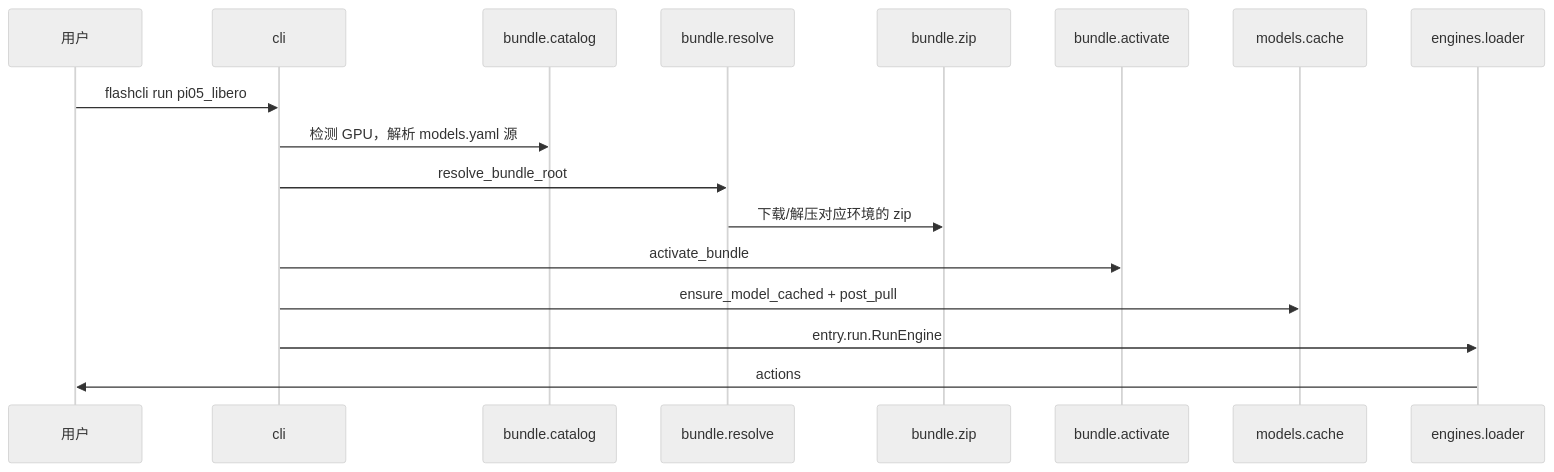
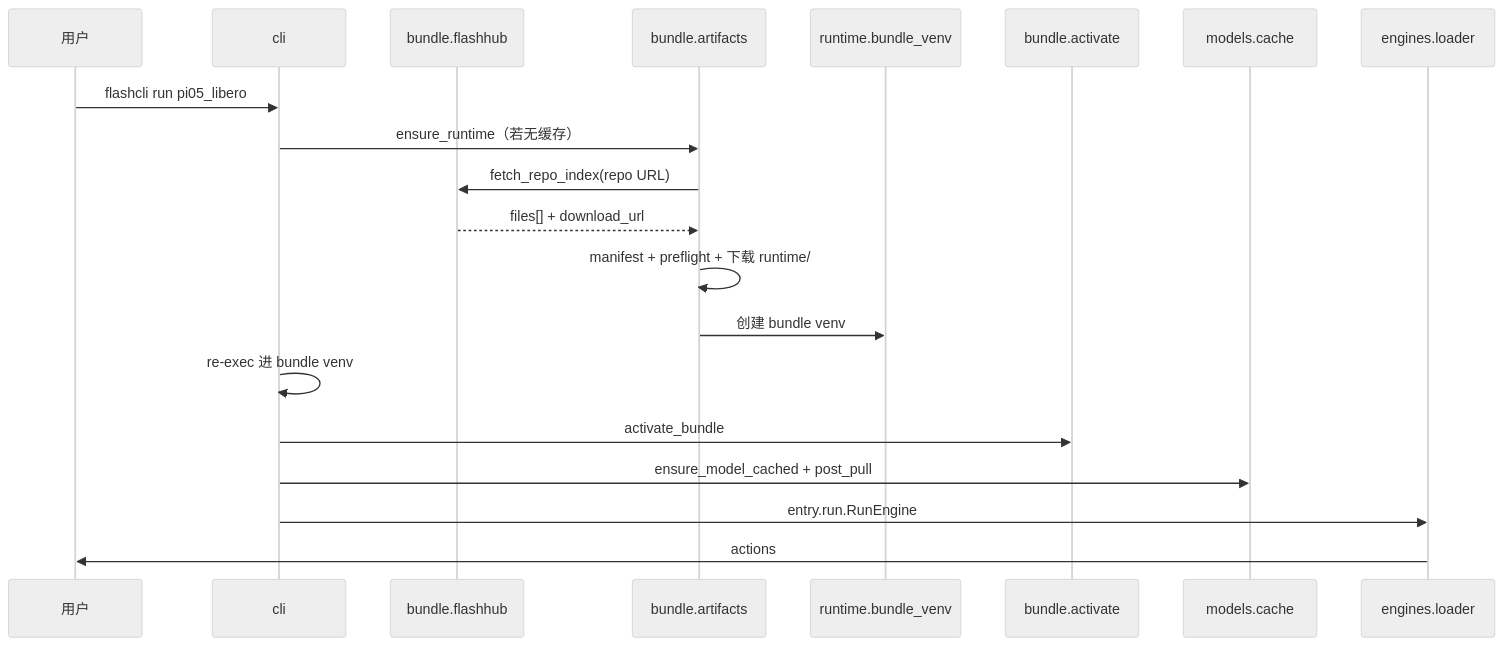
One commit to aodianyun/flashcli changed the diagram in docs/architecture.zh-CN.md. Above: the diagram before and after it, drawn with Mermaid (neutral theme). The commit also changed other lines of this file and 72 other files, not shown here.

````diff
--- a/docs/architecture.zh-CN.md
+++ b/docs/architecture.zh-CN.md
@@ -33,20 +33,23 @@
 ```mermaid
 sequenceDiagram
   participant U as 用户
   participant CLI as cli
-  participant Cat as bundle.catalog
-  participant Res as bundle.resolve
-  participant Zip as bundle.zip
+  participant FH as bundle.flashhub
+  participant Art as bundle.artifacts
+  participant Venv as runtime.bundle_venv
   participant Act as bundle.activate
   participant Cache as models.cache
   participant Ldr as engines.loader
 
   U->>CLI: flashcli run pi05_libero
-  CLI->>Cat: 检测 GPU，解析 models.yaml 源
-  CLI->>Res: resolve_bundle_root
-  Res->>Zip: 下载/解压对应环境的 zip
+  CLI->>Art: ensure_runtime（若无缓存）
+  Art->>FH: fetch_repo_index(repo URL)
+  FH-->>Art: files[] + download_url
+  Art->>Art: manifest + preflight + 下载 runtime/
+  Art->>Venv: 创建 bundle venv
+  CLI->>CLI: re-exec 进 bundle venv
   CLI->>Act: activate_bundle
   CLI->>Cache: ensure_model_cached + post_pull
   CLI->>Ldr: entry.run.RunEngine
   Ldr->>U: actions
 ```
````
